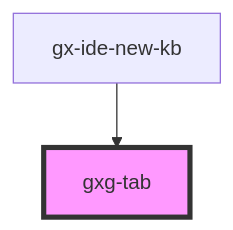
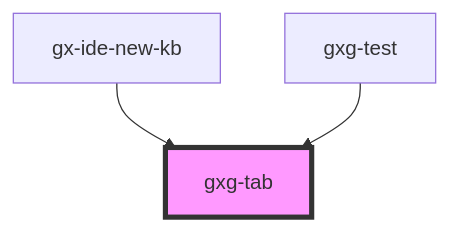
Before and after one commit to genexuslabs/gemini: the diagram in src/components/tab/readme.md, drawn with Mermaid. The commit also changed other lines of this file and 12 other files, not shown here.

````diff
--- a/src/components/tab/readme.md
+++ b/src/components/tab/readme.md
@@ -21,5 +22,6 @@
 ```mermaid
 graph TD;
   gx-ide-new-kb --> gxg-tab
+  gxg-test --> gxg-tab
   style gxg-tab fill:#f9f,stroke:#333,stroke-width:4px
 ```
````
